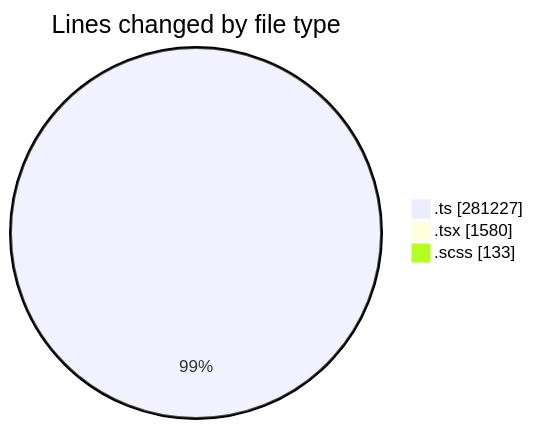
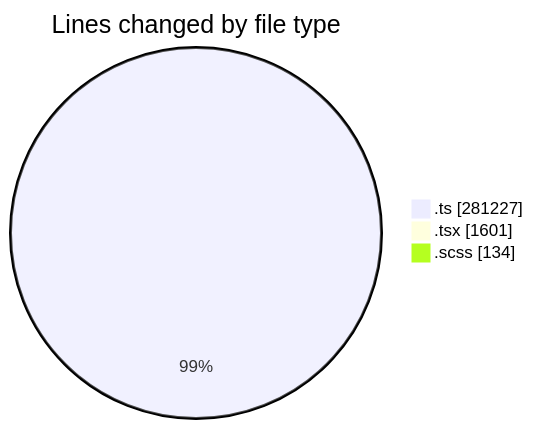
The first of 2 diagrams in 2025-08-22/cda/README.md (momahboobian/code-tracking), drawn with Mermaid before and after one commit. The commit also changed other lines of this file and 1 other file, not shown here.

````diff
--- a/2025-08-22/cda/README.md
+++ b/2025-08-22/cda/README.md
@@ -38,7 +38,7 @@
 ```mermaid
 pie showData
 title Lines changed by file type
 ".ts" : 281227
-".tsx" : 1580
-".scss" : 133
+".tsx" : 1601
+".scss" : 134
 ```
````
